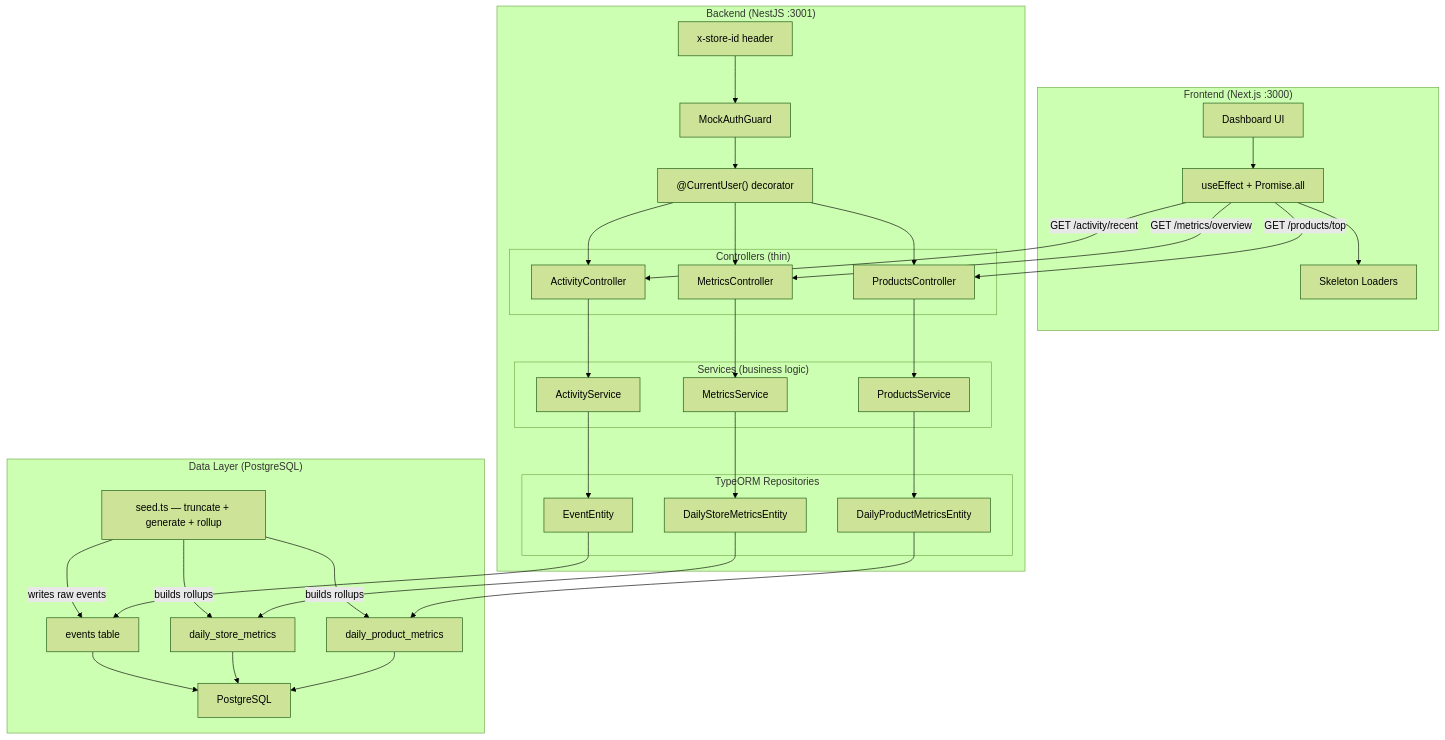
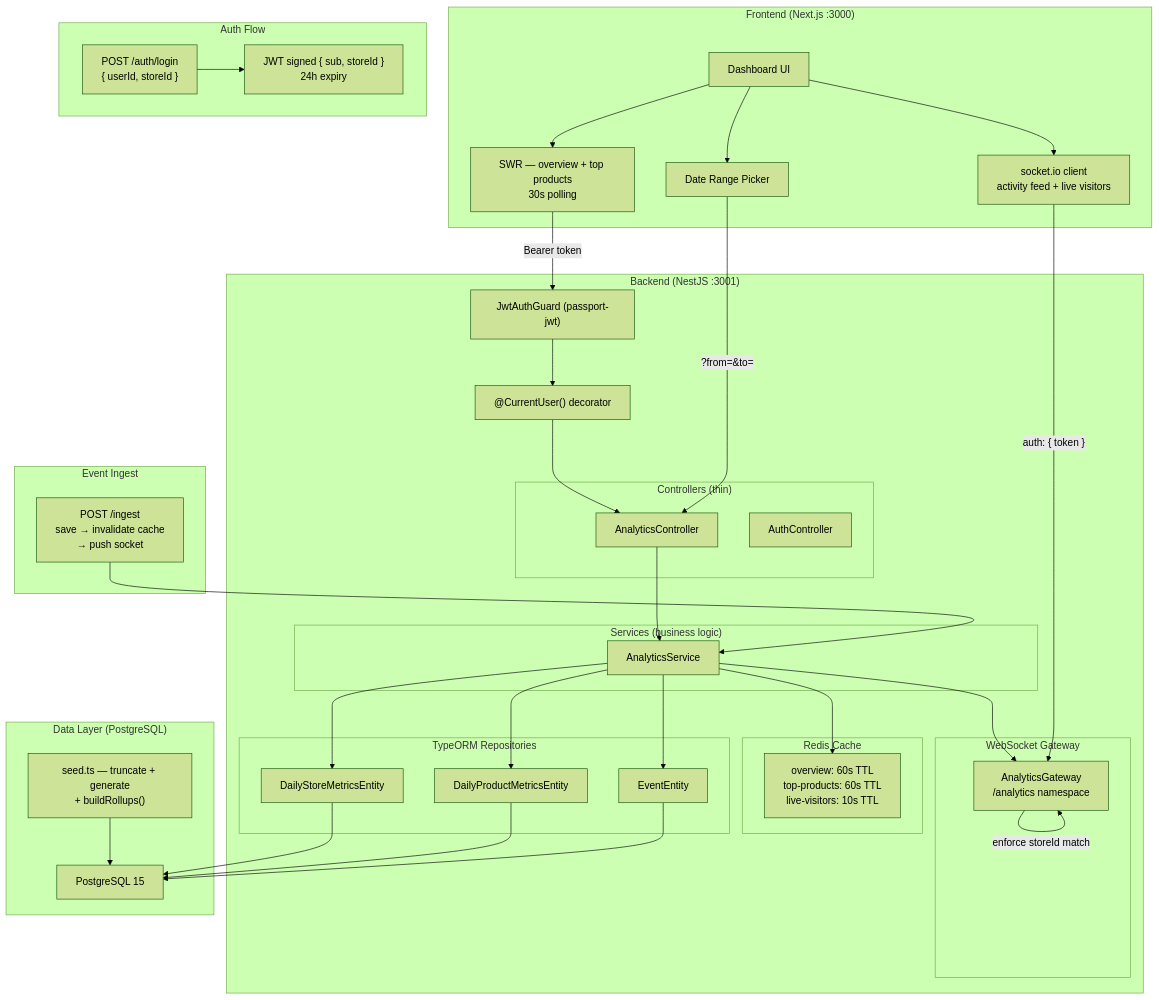
One commit to aetosdios27/Amboras-Take-Home-Assignment-Solution changed the diagram in README.md. Above: the diagram before and after it, drawn with Mermaid (forest theme). The commit also changed other lines of this file, not shown here.

Commit message:
docs: final new readme post overhaul

````diff
--- a/README.md
+++ b/README.md
@@ -103,68 +112,77 @@
 ```mermaid
 graph TD
     subgraph Client["Frontend (Next.js :3000)"]
         UI["Dashboard UI"]
-        UC["useEffect + Promise.all"]
-        SK["Skeleton Loaders"]
-        UI --> UC
-        UC --> SK
+        SWR["SWR — overview + top products\n30s polling"]
+        WS["socket.io client\nactivity feed + live visitors"]
+        DR["Date Range Picker"]
+        UI --> SWR
+        UI --> WS
+        UI --> DR
+    end
+
+    subgraph Auth["Auth Flow"]
+        LOGIN["POST /auth/login\n{ userId, storeId }"]
+        JWT["JWT signed { sub, storeId }\n24h expiry"]
+        LOGIN --> JWT
     end
 
     subgraph Backend["Backend (NestJS :3001)"]
-        HDR["x-store-id header"]
-        GAT["MockAuthGuard"]
+        GUARD["JwtAuthGuard (passport-jwt)"]
         DEC["@CurrentUser() decorator"]
-        HDR --> GAT --> DEC
+        GUARD --> DEC
 
         subgraph Controllers["Controllers (thin)"]
-            MC["MetricsController"]
-            PC["ProductsController"]
-            AC["ActivityController"]
+            MC["AnalyticsController"]
+            AC["AuthController"]
         end
 
         DEC --> MC
-        DEC --> PC
-        DEC --> AC
 
         subgraph Services["Services (business logic)"]
-            MS["MetricsService"]
-            PS["ProductsService"]
-            AS["ActivityService"]
+            AS["AnalyticsService"]
         end
 
-        MC --> MS
-        PC --> PS
-        AC --> AS
+        MC --> AS
+
+        subgraph Gateway["WebSocket Gateway"]
+            GW["AnalyticsGateway\n/analytics namespace"]
+            GW -->|"verify JWT on handshake"| GW
+            GW -->|"enforce storeId match"| GW
+        end
+
+        AS --> GW
+
+        subgraph Cache["Redis Cache"]
+            RC["overview: 60s TTL\ntop-products: 60s TTL\nlive-visitors: 10s TTL"]
+        end
+
+        AS --> RC
 
         subgraph Repos["TypeORM Repositories"]
             DMR["DailyStoreMetricsEntity"]
             DPR["DailyProductMetricsEntity"]
             ER["EventEntity"]
         end
 
-        MS --> DMR
-        PS --> DPR
+        AS --> DMR
+        AS --> DPR
         AS --> ER
     end
 
     subgraph Data["Data Layer (PostgreSQL)"]
-        SEED["seed.ts — truncate + generate + rollup"]
-        PG["PostgreSQL"]
-        RAW["events table"]
-        DSM["daily_store_metrics"]
-        DPM["daily_product_metrics"]
-
-        SEED -->|"writes raw events"| RAW
-        SEED -->|"builds rollups"| DSM
-        SEED -->|"builds rollups"| DPM
-        RAW & DSM & DPM --> PG
+        PG["PostgreSQL 15"]
+        SEED["seed.ts — truncate + generate\n+ buildRollups()"]
+        SEED --> PG
     end
 
-    UC -->|"GET /metrics/overview"| MC
-    UC -->|"GET /products/top"| PC
-    UC -->|"GET /activity/recent"| AC
+    subgraph Ingest["Event Ingest"]
+        POST["POST /ingest\nsave → invalidate cache\n→ push socket"]
+    end
 
-    DMR --> DSM
-    DPR --> DPM
-    ER --> RAW
+    SWR -->|"Bearer token"| GUARD
+    WS -->|"auth: { token }"| GW
+    DR -->|"?from=&to="| MC
+    POST --> AS
+    DMR & DPR & ER --> PG
 ```
````
